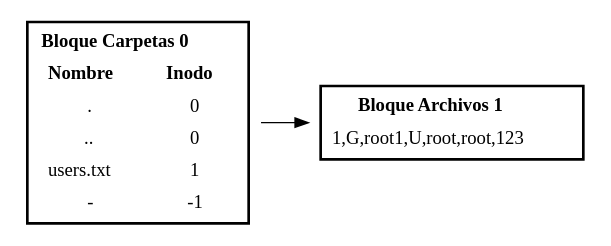
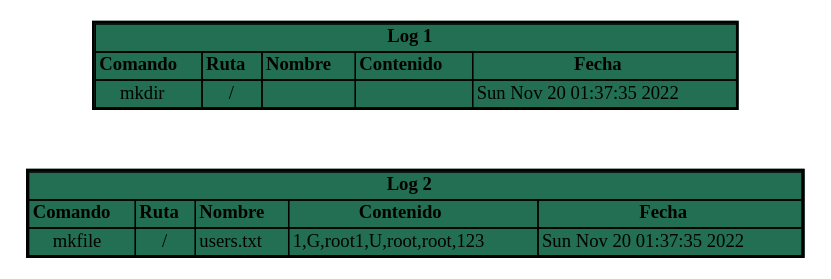
The diagram in grafo.dot (JJONK19/-MIA-P1_201909035), drawn with Graphviz before and after one commit. The commit also changed 5 other files, not shown here.

```diff
--- a/grafo.dot
+++ b/grafo.dot
@@ -1,11 +1,13 @@
 digraph G { 
- rankdir = LR; node[shape = plaintext];
-BLOQUE0[ label = <<TABLE BORDER='2' CELLBORDER='0' CELLSPACING='5'>
-<TR><TD colspan ='2' ><b>Bloque Carpetas 0</b></TD></TR>
-<TR><TD><b>Nombre</b></TD><TD><b>Inodo</b></TD></TR><TR><TD>.</TD><TD>0</TD></TR><TR><TD>..</TD><TD>0</TD></TR><TR><TD>users.txt</TD><TD>1</TD></TR><TR><TD>-</TD><TD>-1</TD></TR></TABLE>>];
-BLOQUE1[ label = <<TABLE BORDER='2' CELLBORDER='0' CELLSPACING='5'>
-<TR><TD><b>Bloque Archivos 1</b></TD></TR>
-<TR><TD>1,G,root
+ rankdir = TB; node[shape = plaintext]; 
+LOG1[ label = <<TABLE BORDER='2' CELLBORDER='1' CELLSPACING='0' BGCOLOR='#226f54'>
+<TR><TD colspan ='5' ><b>Log 1</b></TD></TR>
+<TR><TD><b>Comando</b></TD><TD><b>Ruta</b></TD><TD><b>Nombre</b></TD><TD><b>Contenido</b></TD><TD><b>Fecha</b></TD></TR><TR><TD>mkdir</TD><TD>/</TD><TD></TD><TD></TD><TD>Sun Nov 20 01:37:35 2022
+</TD></TR></TABLE>>];
+LOG2[ label = <<TABLE BORDER='2' CELLBORDER='1' CELLSPACING='0' BGCOLOR='#226f54'>
+<TR><TD colspan ='5' ><b>Log 2</b></TD></TR>
+<TR><TD><b>Comando</b></TD><TD><b>Ruta</b></TD><TD><b>Nombre</b></TD><TD><b>Contenido</b></TD><TD><b>Fecha</b></TD></TR><TR><TD>mkfile</TD><TD>/</TD><TD>users.txt</TD><TD>1,G,root
 1,U,root,root,123
+</TD><TD>Sun Nov 20 01:37:35 2022
 </TD></TR></TABLE>>];
-BLOQUE0->BLOQUE1}
+LOG1->LOG2[color = white]}
```
